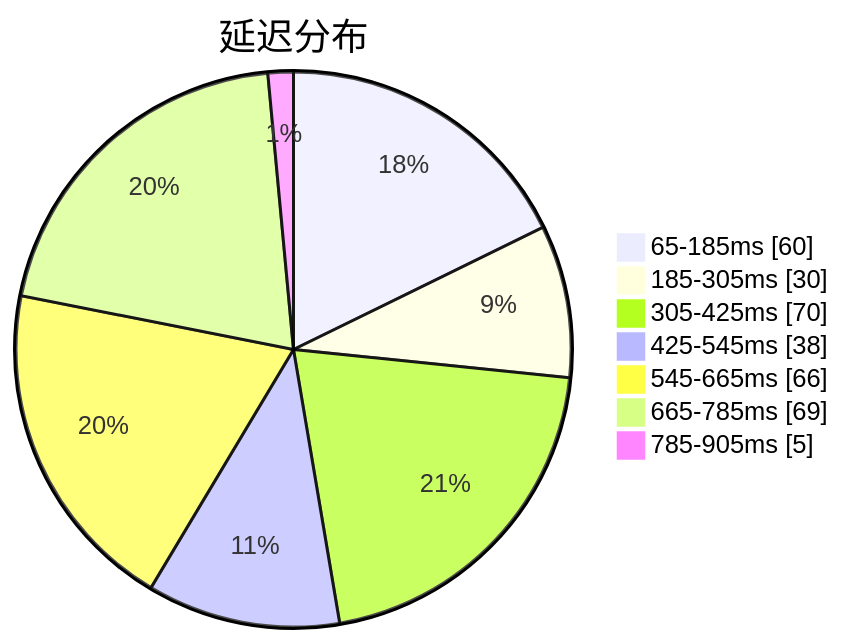
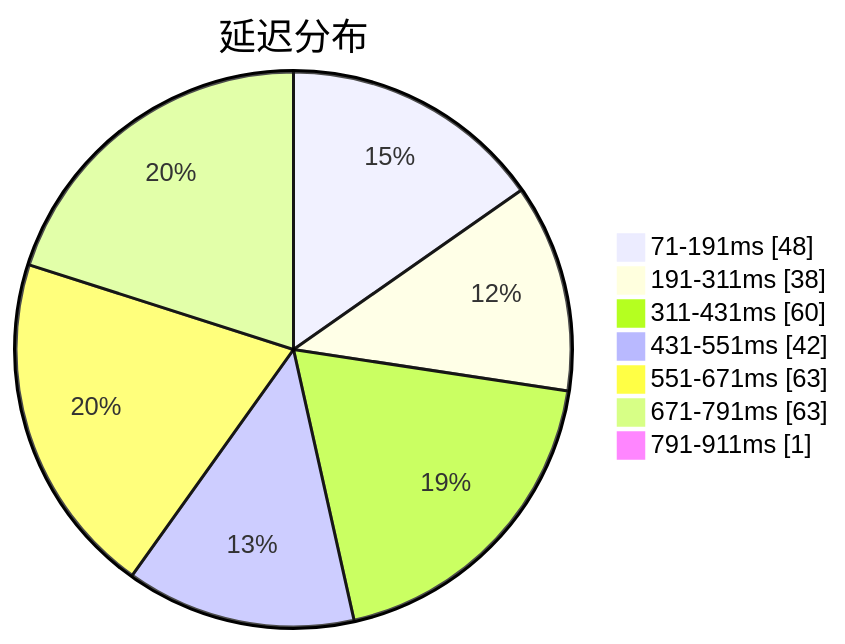
The first of 3 diagrams in subs/statistics/tested_within.md (sinspired/airport), drawn with Mermaid before and after one commit. The commit also changed other lines of this file and 2 other files, not shown here.

````diff
--- a/subs/statistics/tested_within.md
+++ b/subs/statistics/tested_within.md
@@ -2,11 +2,11 @@
 ```mermaid
 pie showData
 title 延迟分布
-"65-185ms" : 60
-"185-305ms" : 30
-"305-425ms" : 70
-"425-545ms" : 38
-"545-665ms" : 66
-"665-785ms" : 69
-"785-905ms" : 5
+"71-191ms" : 48
+"191-311ms" : 38
+"311-431ms" : 60
+"431-551ms" : 42
+"551-671ms" : 63
+"671-791ms" : 63
+"791-911ms" : 1
 ```
````
